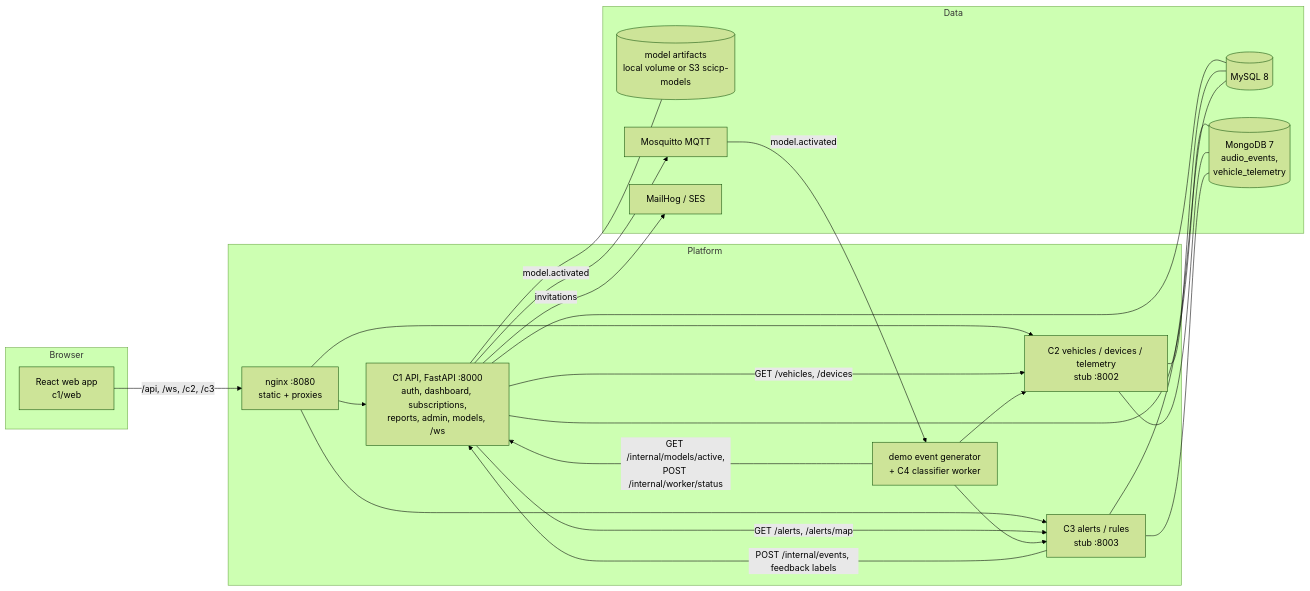
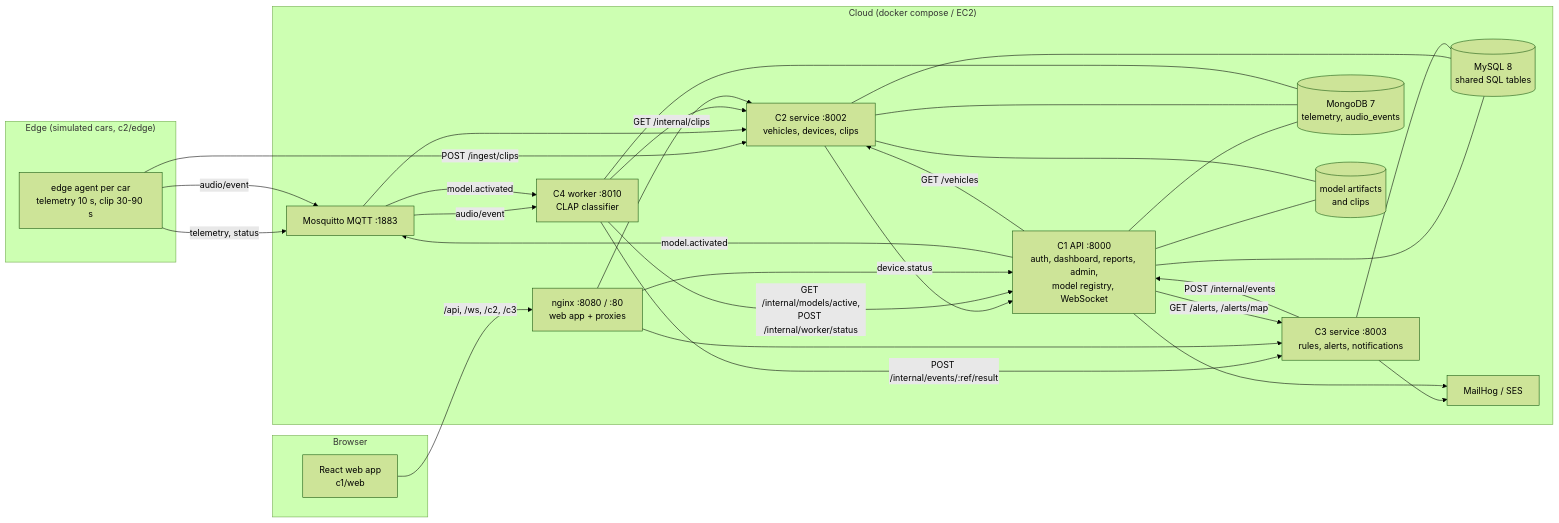
One commit to anu-myadala/cmpe281_final_project_group2 changed the diagram in README.md. Above: the diagram before and after it, drawn with Mermaid (forest theme). The commit also changed other lines of this file and 3 other files, not shown here.

Commit message:
README for the whole platform; docker compose up runs C1, C2, C3 and C4 by default

````diff
--- a/README.md
+++ b/README.md
@@ -23,40 +24,49 @@
 ```mermaid
 flowchart LR
-  subgraph Browser
+  subgraph Cars["Edge (simulated cars, c2/edge)"]
+    E[edge agent per car<br/>telemetry 10 s, clip 30-90 s]
+  end
+  subgraph Web["Browser"]
     W[React web app<br/>c1/web]
   end
-  subgraph Platform
-    N[nginx :8080<br/>static + proxies]
-    A[C1 API, FastAPI :8000<br/>auth, dashboard, subscriptions,<br/>reports, admin, models, /ws]
-    S2[C2 vehicles / devices / telemetry<br/>stub :8002]
-    S3[C3 alerts / rules<br/>stub :8003]
-    G[demo event generator<br/>+ C4 classifier worker]
+  subgraph Cloud["Cloud (docker compose / EC2)"]
+    N[nginx :8080 / :80<br/>web app + proxies]
+    A[C1 API :8000<br/>auth, dashboard, reports, admin,<br/>model registry, WebSocket]
+    C2[C2 service :8002<br/>vehicles, devices, clips]
+    C3[C3 service :8003<br/>rules, alerts, notifications]
+    C4[C4 worker :8010<br/>CLAP classifier]
+    Q[Mosquitto MQTT :1883]
+    M[(MySQL 8<br/>shared SQL tables)]
+    D[(MongoDB 7<br/>telemetry, audio_events)]
+    O[(model artifacts<br/>and clips)]
+    E2[MailHog / SES]
   end
-  subgraph Data
-    M[(MySQL 8)]
-    D[(MongoDB 7<br/>audio_events,<br/>vehicle_telemetry)]
-    O[(model artifacts<br/>local volume or S3 scicp-models)]
-    Q[Mosquitto MQTT]
-    E[MailHog / SES]
-  end
+  E -->|telemetry, status| Q
+  E -->|POST /ingest/clips| C2
+  E -->|audio/event| Q
+  Q --> C2
+  Q -->|audio/event| C4
+  C4 -->|GET /internal/clips| C2
+  C4 -->|POST /internal/events/:ref/result| C3
+  C3 -->|POST /internal/events| A
+  C2 -->|device.status| A
+  A -->|model.activated| Q
+  Q -->|model.activated| C4
+  C4 -->|GET /internal/models/active,<br/>POST /internal/worker/status| A
   W -->|/api, /ws, /c2, /c3| N
   N --> A
-  N --> S2
-  N --> S3
-  A -->|GET /vehicles, /devices| S2
-  A -->|GET /alerts, /alerts/map| S3
-  S3 -->|POST /internal/events, feedback labels| A
-  G --> S2
-  G --> S3
+  N --> C2
+  N --> C3
+  A -->|GET /vehicles| C2
+  A -->|GET /alerts, /alerts/map| C3
+  C3 --> E2
+  A --> E2
   A --- M
+  C2 --- M
+  C3 --- M
   A --- D
+  C2 --- D
+  C4 --- D
   A --- O
-  A -->|model.activated| Q
-  Q -->|model.activated| G
-  G -->|GET /internal/models/active,<br/>POST /internal/worker/status| A
-  A -->|invitations| E
-  S2 --- M
-  S2 --- D
-  S3 --- M
-  S3 --- D
+  C2 --- O
 ```
````
